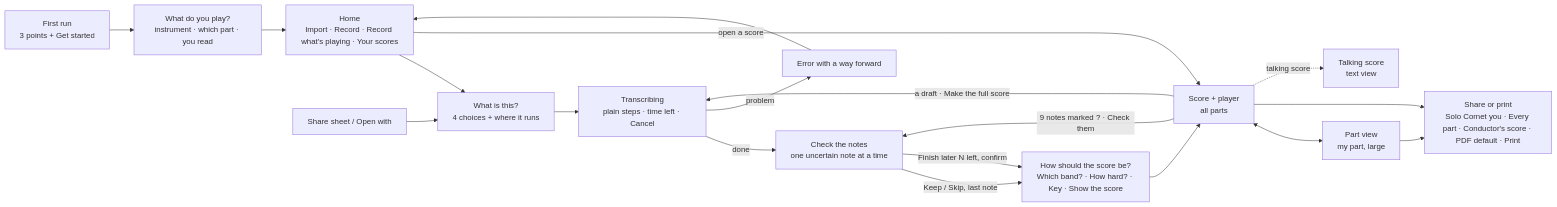
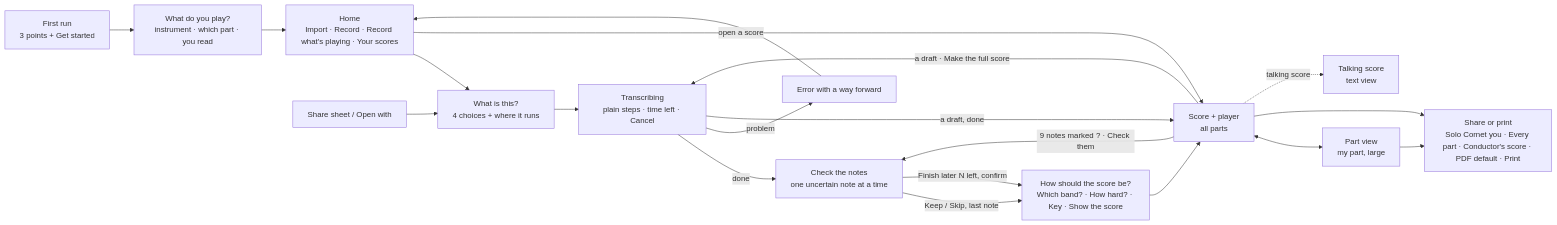
One commit to 181192/brasscribe changed the diagram in design/system.md. Above: the diagram before and after it, drawn with Mermaid. The commit also changed other lines of this file and 3 other files, not shown here.

````diff
--- a/design/system.md
+++ b/design/system.md
@@ -59,21 +59,22 @@
 ```mermaid
 flowchart LR
   FR[First run<br/>3 points + Get started] --> MI[What do you play?<br/>instrument · which part · you read]
   MI --> H
   H[Home<br/>Import · Record · Record what's playing · Your scores] --> W
   SH[Share sheet / Open with] --> W
   W[What is this?<br/>4 choices + where it runs] --> T
   T[Transcribing<br/>plain steps · time left · Cancel] -->|done| R
   T -->|problem| E[Error with a way forward]
   E --> H
   R[Check the notes<br/>one uncertain note at a time] -->|Keep / Skip, last note| O
   R -->|Finish later N left, confirm| O
   O[How should the score be?<br/>Which band? · How hard? · Key · Show the score] --> S
   S[Score + player<br/>all parts] <--> P[Part view<br/>my part, large]
   S --> X[Share or print<br/>Solo Cornet you · Every part · Conductor's score · PDF default · Print]
   S -->|9 notes marked ? · Check them| R
   P --> X
   H -->|open a score| S
   S -. talking score .-> TS[Talking score<br/>text view]
   S -->|a draft · Make the full score| T
+  T -->|a draft, done| S
 ```
````
